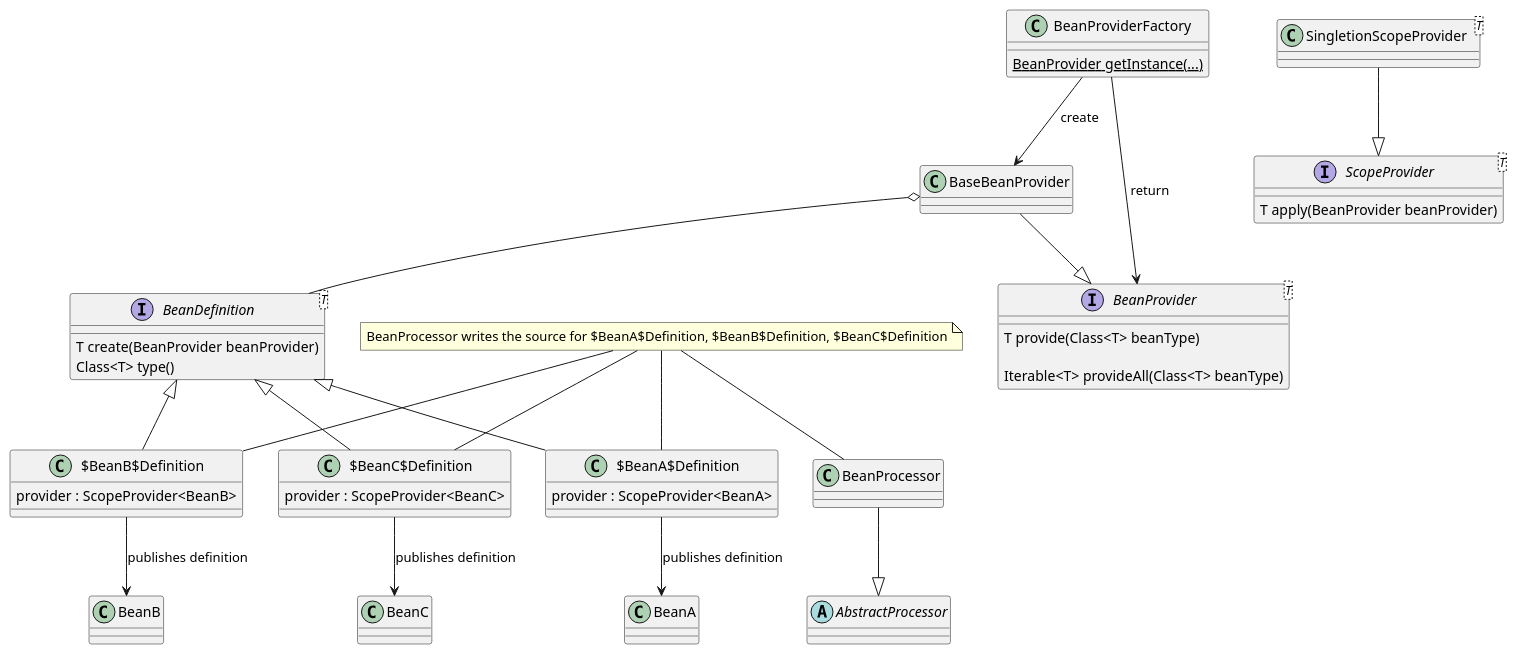
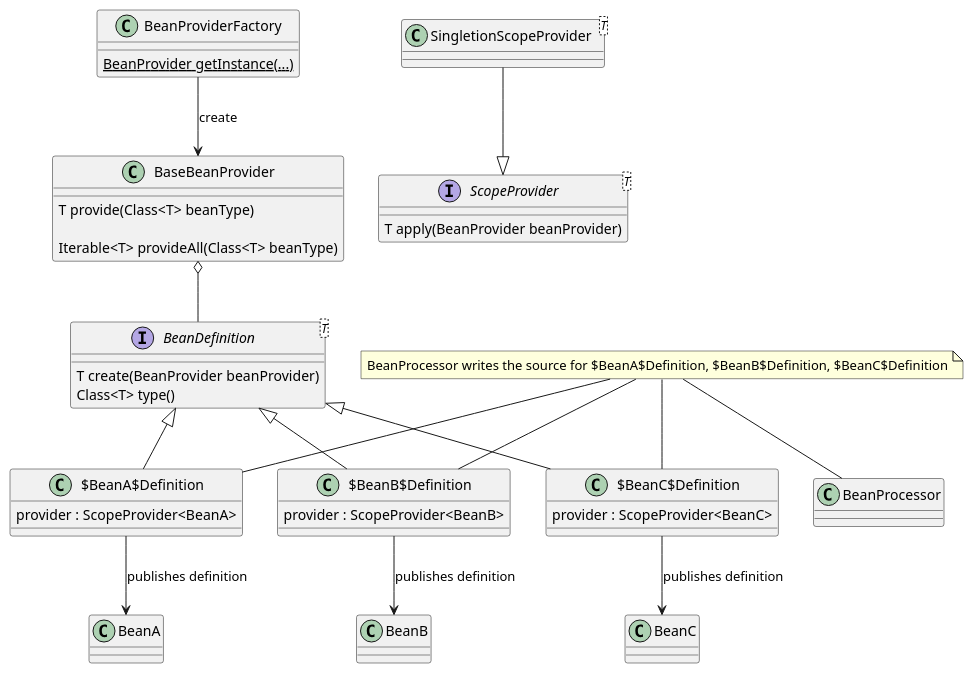
One commit to JacekDubikowski/build-your-own-framework changed the diagram in docs/Framework.plantuml. Above: the diagram before and after it, drawn with PlantUML. The commit also changed 3 other files, not shown here.

```diff
--- a/docs/Framework.plantuml
+++ b/docs/Framework.plantuml
@@ -1,62 +1,57 @@
 @startuml
 interface BeanDefinition<T> {
  T create(BeanProvider beanProvider)
  Class<T> type()
 }
 
 class BeanA
 class BeanB
 class BeanC
 
 class $BeanA$Definition {
     provider : ScopeProvider<BeanA>
 }
 class $BeanB$Definition {
     provider : ScopeProvider<BeanB>
 }
 class $BeanC$Definition {
     provider : ScopeProvider<BeanC>
 }
 
 $BeanA$Definition --> BeanA : publishes definition
 $BeanB$Definition --> BeanB : publishes definition
 $BeanC$Definition --> BeanC : publishes definition
 
 BeanDefinition <|-- $BeanA$Definition
 BeanDefinition <|-- $BeanB$Definition
 BeanDefinition <|-- $BeanC$Definition
 
-interface BeanProvider<T> {
-    T provide(Class<T> beanType)
-
-    Iterable<T> provideAll(Class<T> beanType)
-}
-
 interface ScopeProvider<T> {
     T apply(BeanProvider beanProvider)
 }
 
 class SingletionScopeProvider<T>
 
 SingletionScopeProvider --|> ScopeProvider
 
 class BeanProviderFactory {
     {static} BeanProvider getInstance(...)
 }
 
+class BaseBeanProvider {
+    T provide(Class<T> beanType)
+
+    Iterable<T> provideAll(Class<T> beanType)
+}
+
 BeanProviderFactory --> BaseBeanProvider : create
-BeanProviderFactory --> BeanProvider : return
 BaseBeanProvider o-- BeanDefinition
-BaseBeanProvider --|> BeanProvider
 
 class BeanProcessor
-abstract class AbstractProcessor
-
-BeanProcessor --|> AbstractProcessor
 
 note "BeanProcessor writes the source for $BeanA$Definition, $BeanB$Definition, $BeanC$Definition" as N1
 N1 -- BeanProcessor
 N1 -- $BeanA$Definition
 N1 -- $BeanB$Definition
 N1 -- $BeanC$Definition
 @enduml
```
